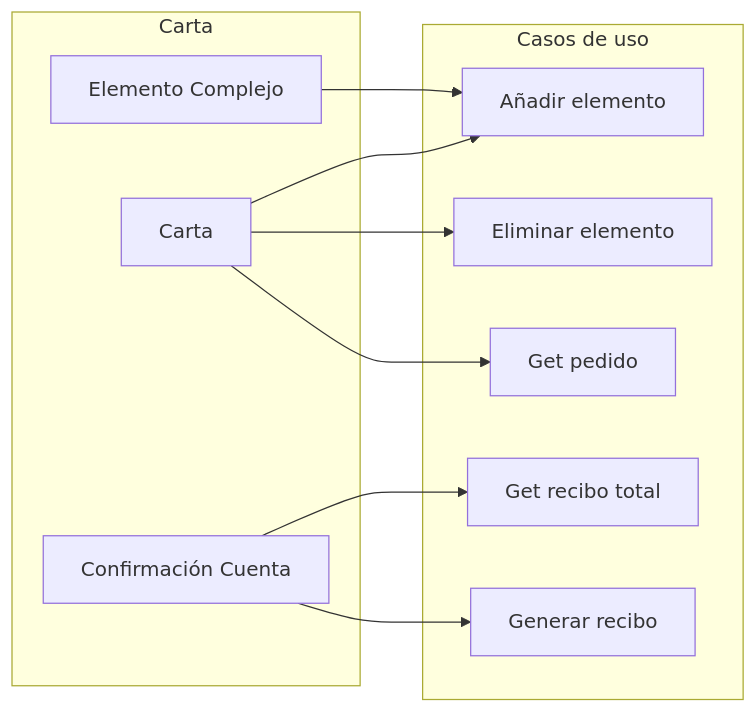
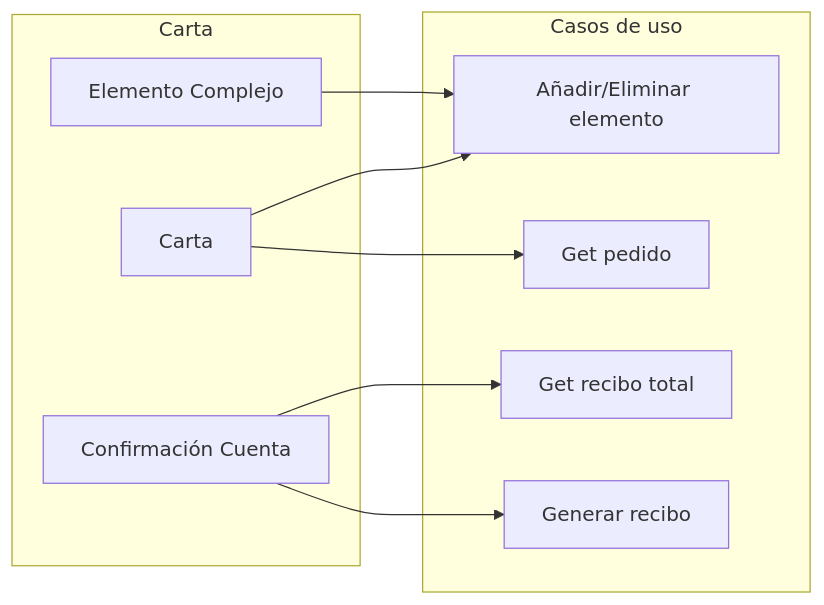
The eighth of 10 diagrams in documentacion/requisitos/diagramas_de_flujo.md (pabenito/QRest), drawn with Mermaid before and after one commit. The commit also changed other lines of this file, not shown here.

Commit message:
Diagrama de flujo: Unificar casos de uso Añadir/Eliminar elementos

````diff
--- a/documentacion/requisitos/diagramas_de_flujo.md
+++ b/documentacion/requisitos/diagramas_de_flujo.md
@@ -130,20 +128,18 @@
 ```mermaid
 flowchart LR
     subgraph g_carta[Carta]
         carta[Carta]
         elemento_complejo[Elemento Complejo]
         confirmacion_cuenta[Confirmación Cuenta]
     end
     subgraph casos_de_uso[Casos de uso]
-        anadir_elemento[Añadir elemento]
-        eliminar_elemento[Eliminar elemento]
+        anadir_eliminar_elemento[Añadir/Eliminar elemento]
         get_pedido[Get pedido]
         get_recibo_total[Get recibo total]
         generar_recibo[Generar recibo]
     end
-    carta --> anadir_elemento
-    carta --> eliminar_elemento
-    elemento_complejo --> anadir_elemento
+    carta --> anadir_eliminar_elemento
+    elemento_complejo --> anadir_eliminar_elemento
     carta --> get_pedido
     confirmacion_cuenta --> generar_recibo & get_recibo_total
 ```
````
